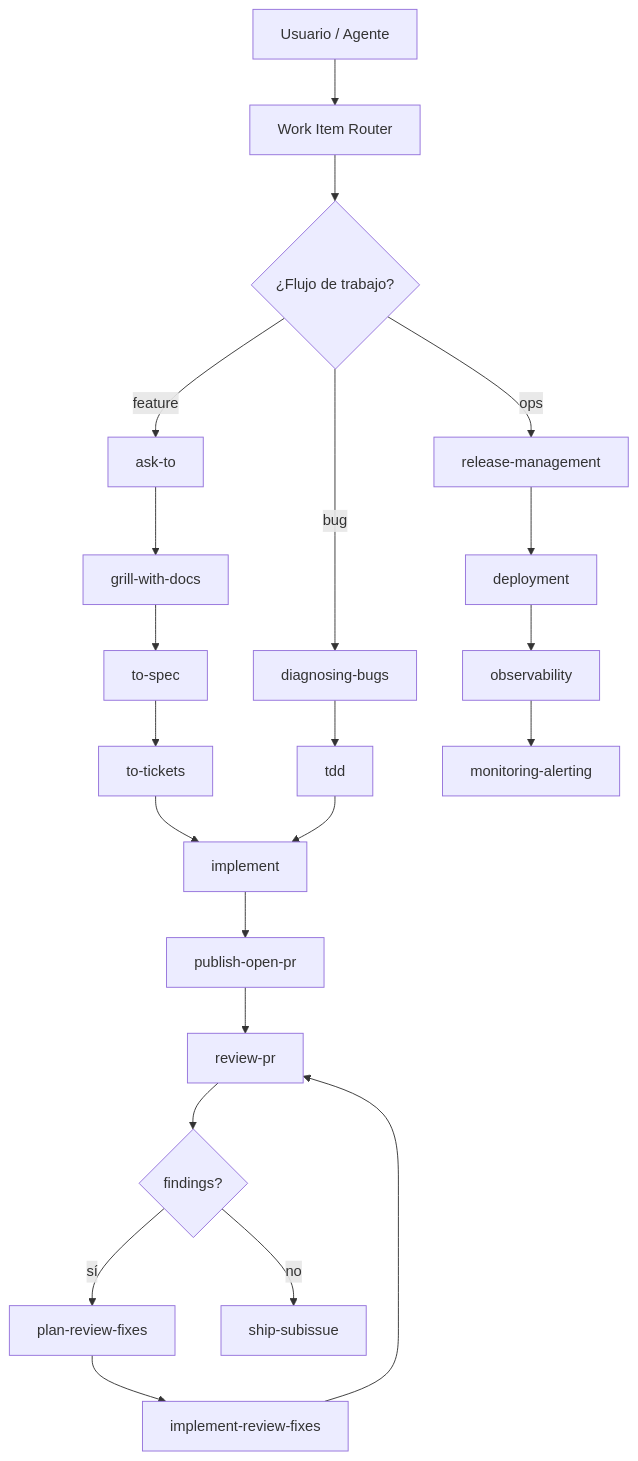
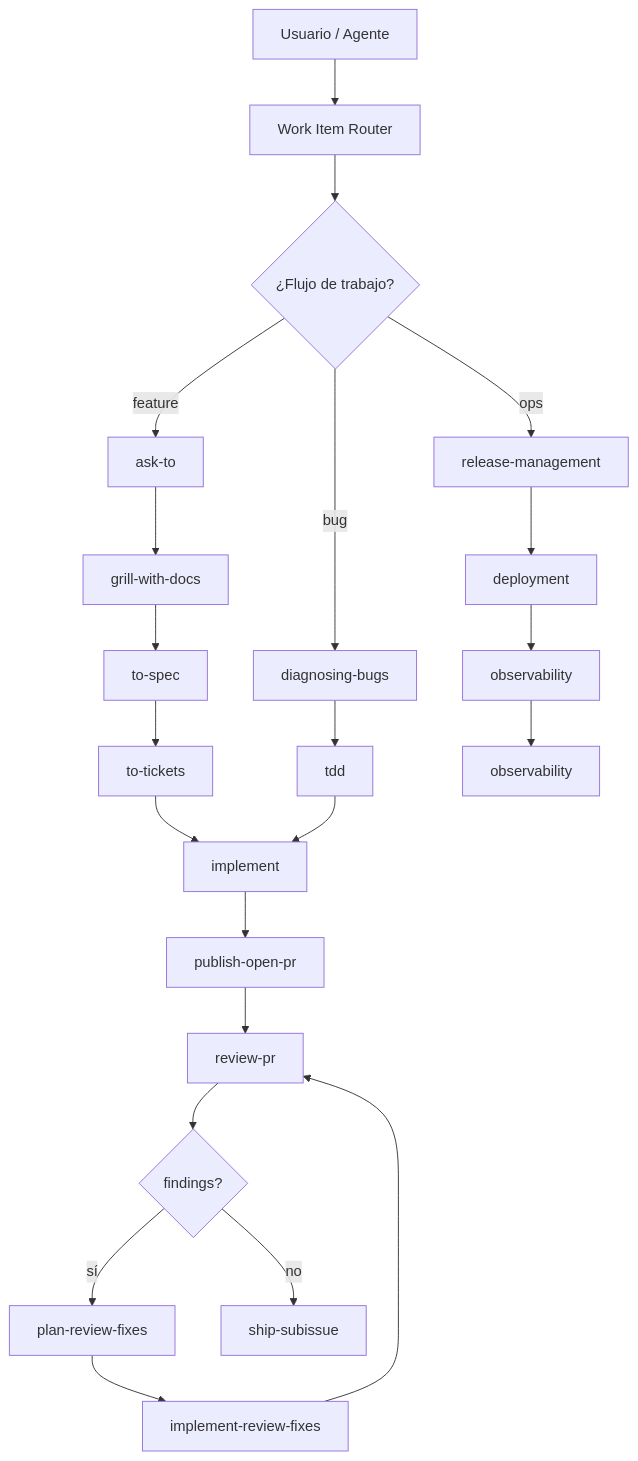
One commit to quantumquirkxyz/skills-quirk changed the third of 7 diagrams in docs/reference/wiki/Home.md. Above: the diagram before and after it, drawn with Mermaid. The commit also changed other lines of this file and 23 other files, not shown here.

````diff
--- a/docs/reference/wiki/Home.md
+++ b/docs/reference/wiki/Home.md
@@ -160,24 +160,24 @@
 ```mermaid
 flowchart TD
     A[Usuario / Agente] --> B[Work Item Router]
     B --> C{¿Flujo de trabajo?}
     C -->|feature| D[ask-to]
     C -->|bug| E[diagnosing-bugs]
     C -->|ops| F[release-management]
     D --> G[grill-with-docs]
     G --> H[to-spec]
     H --> I[to-tickets]
     I --> J[implement]
     J --> K[publish-open-pr]
     K --> L[review-pr]
     L --> M{findings?}
     M -->|sí| N[plan-review-fixes]
     N --> O[implement-review-fixes]
     O --> L
     M -->|no| P[ship-subissue]
     E --> Q[tdd]
     Q --> J
     F --> R[deployment]
     R --> S[observability]
-    S --> T[monitoring-alerting]
+    S --> T[observability]
 ```
````
